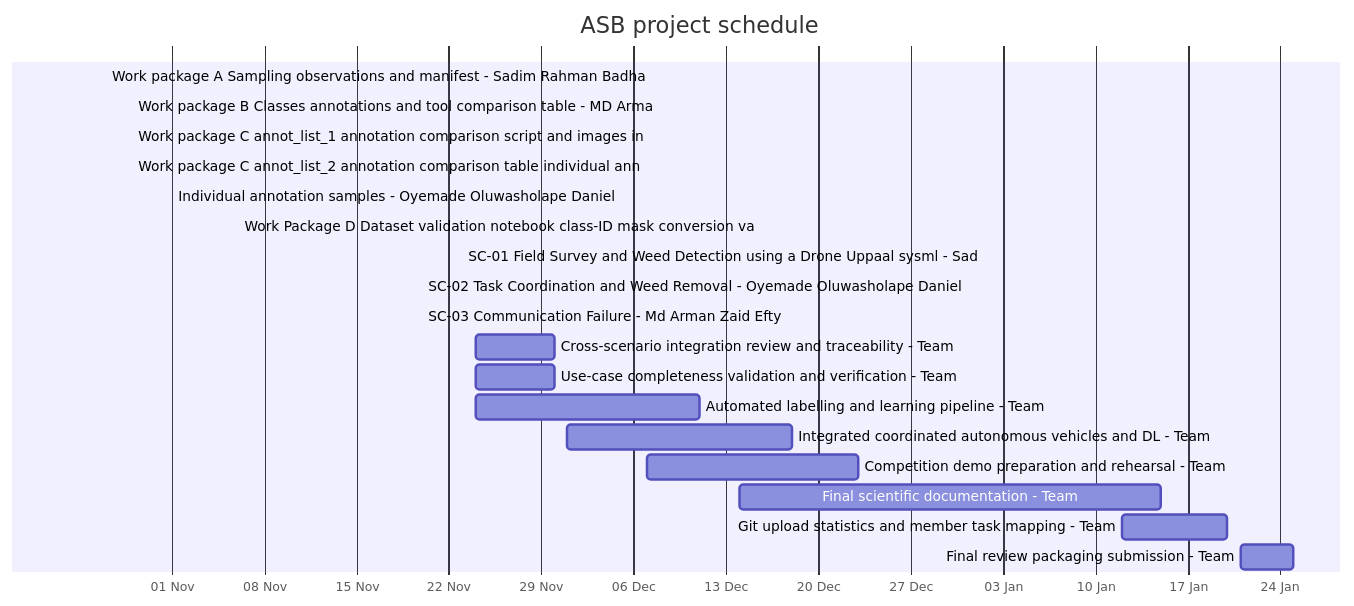
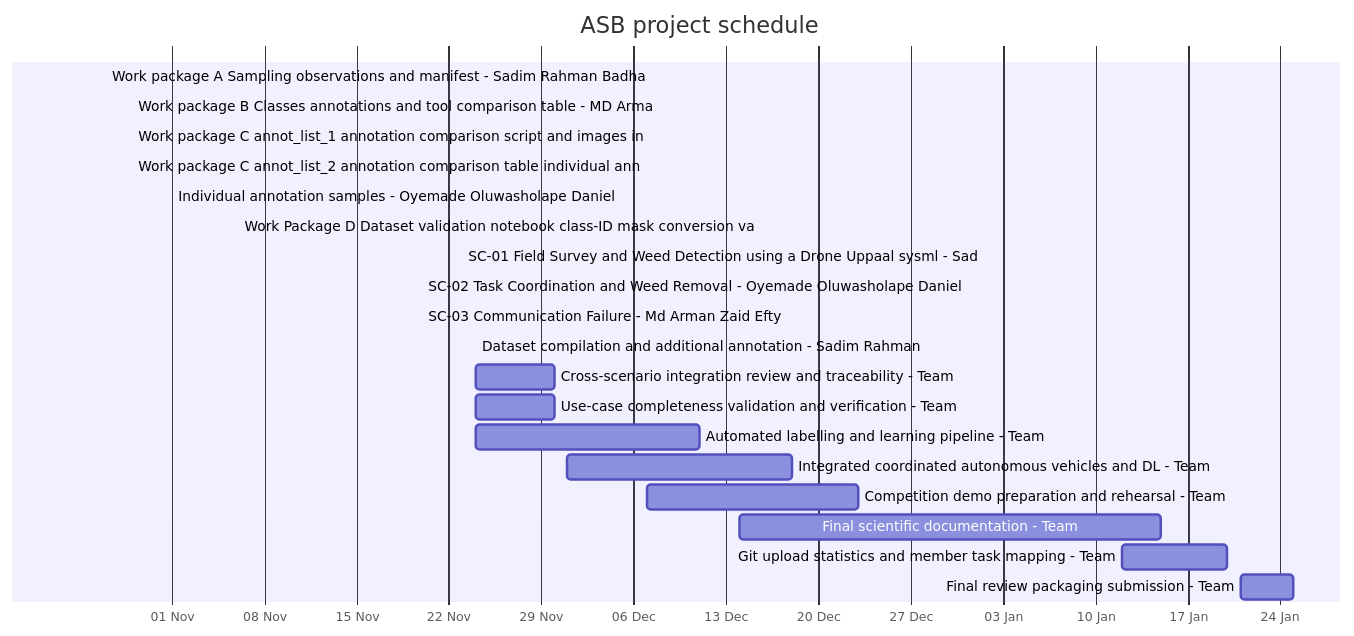
One commit to SamRB-dev/PrecisionFarming changed the diagram in documentation/project_management/GANTT.md. Above: the diagram before and after it, drawn with Mermaid. The commit also changed other lines of this file, not shown here.

Commit message:
chore: refresh project Gantt

````diff
--- a/documentation/project_management/GANTT.md
+++ b/documentation/project_management/GANTT.md
@@ -29,24 +30,25 @@
 ```mermaid
 gantt
     title ASB project schedule
     dateFormat YYYY-MM-DD
     axisFormat %d %b
     Work package A Sampling observations and manifest - Sadim Rahman Badha :done, 2026-10-27, 2026-10-27
     Work package B Classes annotations and tool comparison table - MD Arma :done, 2026-10-29, 2026-10-29
     Work package C annot_list_1 annotation comparison script and images in :done, 2026-10-29, 2026-10-29
     Work package C annot_list_2 annotation comparison table individual ann :done, 2026-10-29, 2026-10-29
     Individual annotation samples - Oyemade Oluwasholape Daniel :done, 2026-11-01, 2026-11-01
     Work Package D Dataset validation notebook class-ID mask conversion va :done, 2026-11-06, 2026-11-06
     SC-01 Field Survey and Weed Detection using a Drone Uppaal sysml - Sad :done, 2026-11-23, 2026-11-23
     SC-02 Task Coordination and Weed Removal - Oyemade Oluwasholape Daniel :done, 2026-11-20, 2026-11-20
     SC-03 Communication Failure - Md Arman Zaid Efty :done, 2026-11-20, 2026-11-20
+    Dataset compilation and additional annotation - Sadim Rahman :done, 2026-11-24, 2026-11-24
     Cross-scenario integration review and traceability - Team :2026-11-24, 2026-11-30
     Use-case completeness validation and verification - Team :2026-11-24, 2026-11-30
     Automated labelling and learning pipeline - Team :2026-11-24, 2026-12-11
     Integrated coordinated autonomous vehicles and DL - Team :2026-12-01, 2026-12-18
     Competition demo preparation and rehearsal - Team :2026-12-07, 2026-12-23
     Final scientific documentation - Team :2026-12-14, 2027-01-15
     Git upload statistics and member task mapping - Team :2027-01-12, 2027-01-20
     Final review packaging submission - Team :2027-01-21, 2027-01-25
 
 ```
````
